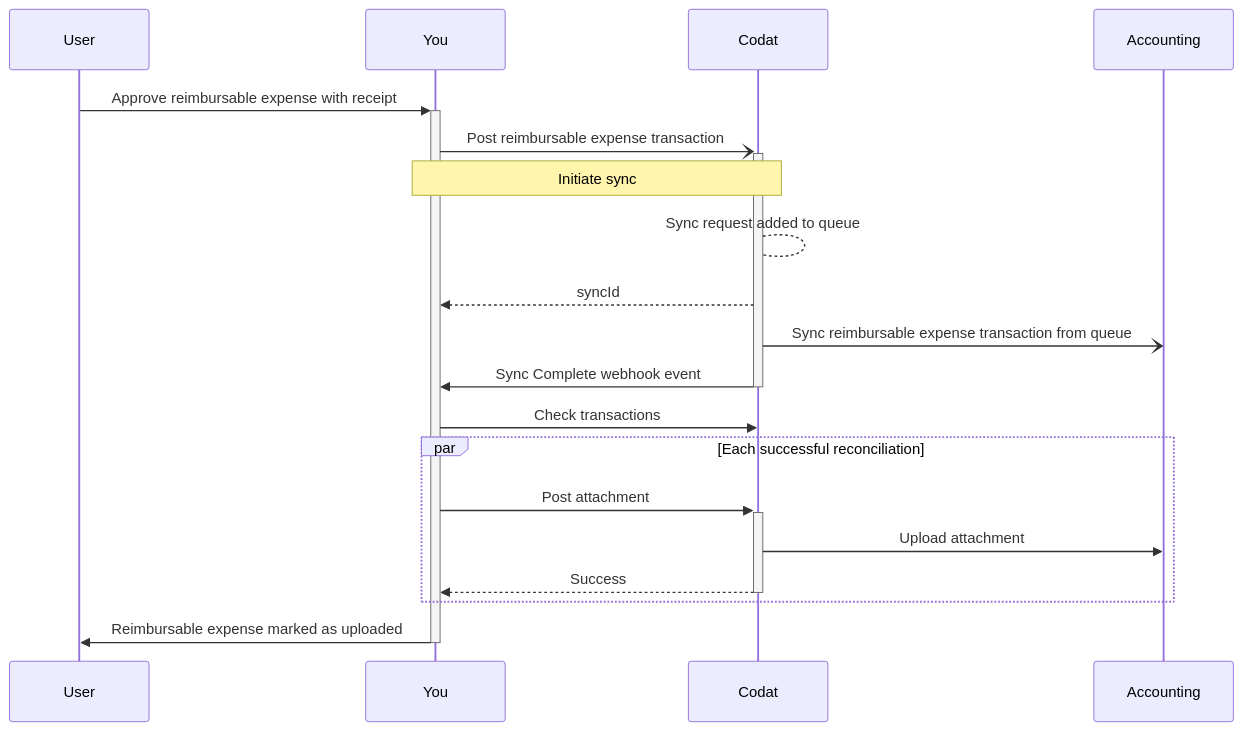
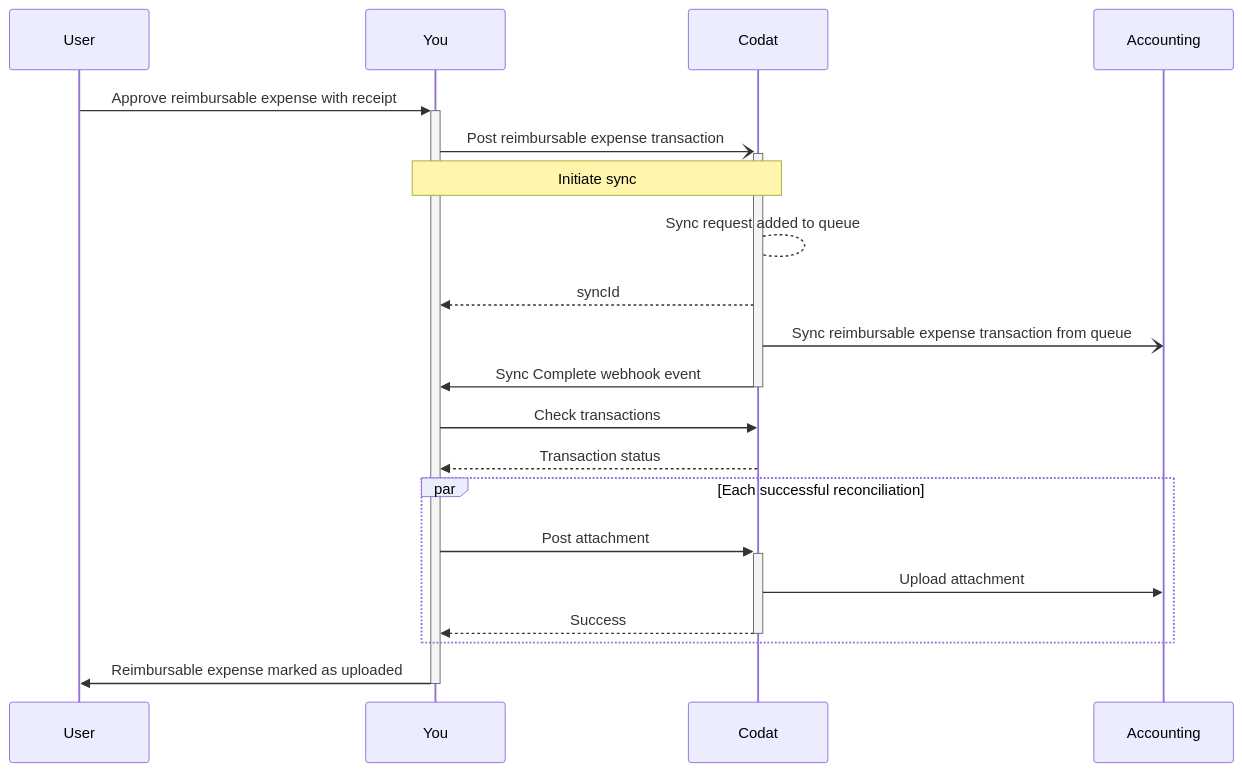
Before and after one commit to codatio/codat-docs: the diagram in docs/expenses/sync-process/reimbursable-expense-transactions.md, drawn with Mermaid. The commit also changed 2 other files, not shown here.

Commit message:
Added arrow back in, added transaction status label

````diff
--- a/docs/expenses/sync-process/reimbursable-expense-transactions.md
+++ b/docs/expenses/sync-process/reimbursable-expense-transactions.md
@@ -26,17 +26,18 @@
 ```mermaid
 sequenceDiagram
   User->>+You: Approve reimbursable expense with receipt
   You-)+Codat: Post reimbursable expense transaction
   Note over You,Codat: Initiate sync
   Codat --> Codat: Sync request added to queue
   Codat-->>You: syncId
   Codat-)Accounting: Sync reimbursable expense transaction from queue
   Codat->>-You: Sync Complete webhook event
   You->>Codat: Check transactions
+  Codat-->>You: Transaction status
   par Each successful reconciliation
     You->>+Codat: Post attachment
     Codat->>Accounting: Upload attachment
     Codat-->>-You: Success
   end
   You->>-User: Reimbursable expense marked as uploaded
 ```
````
